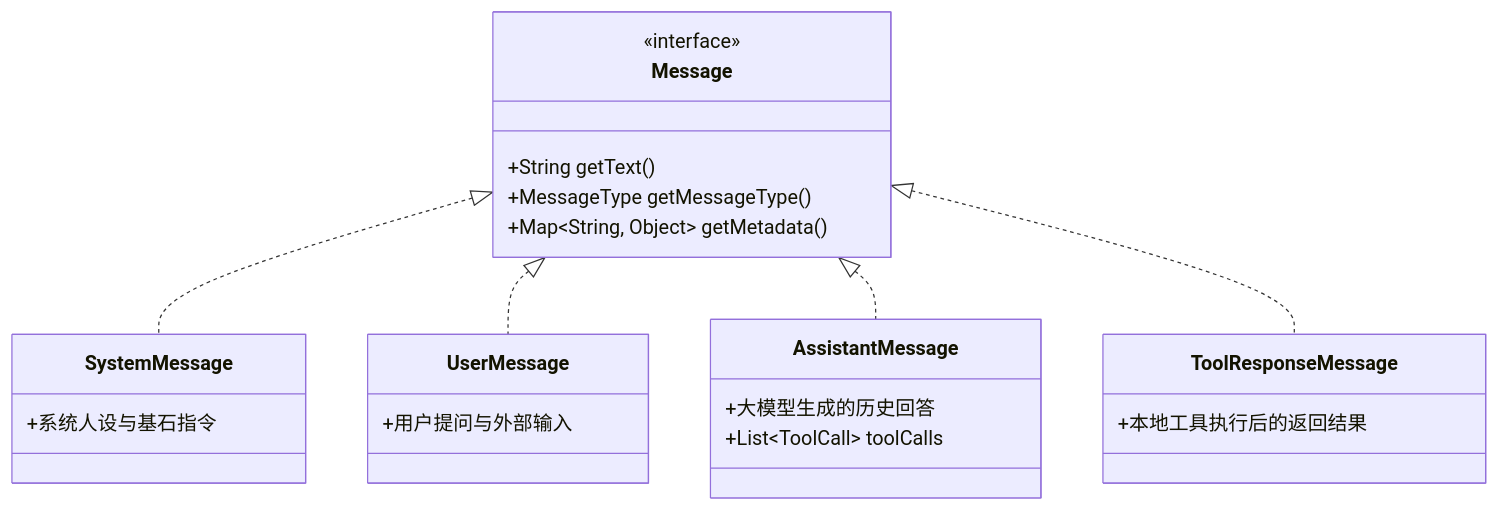
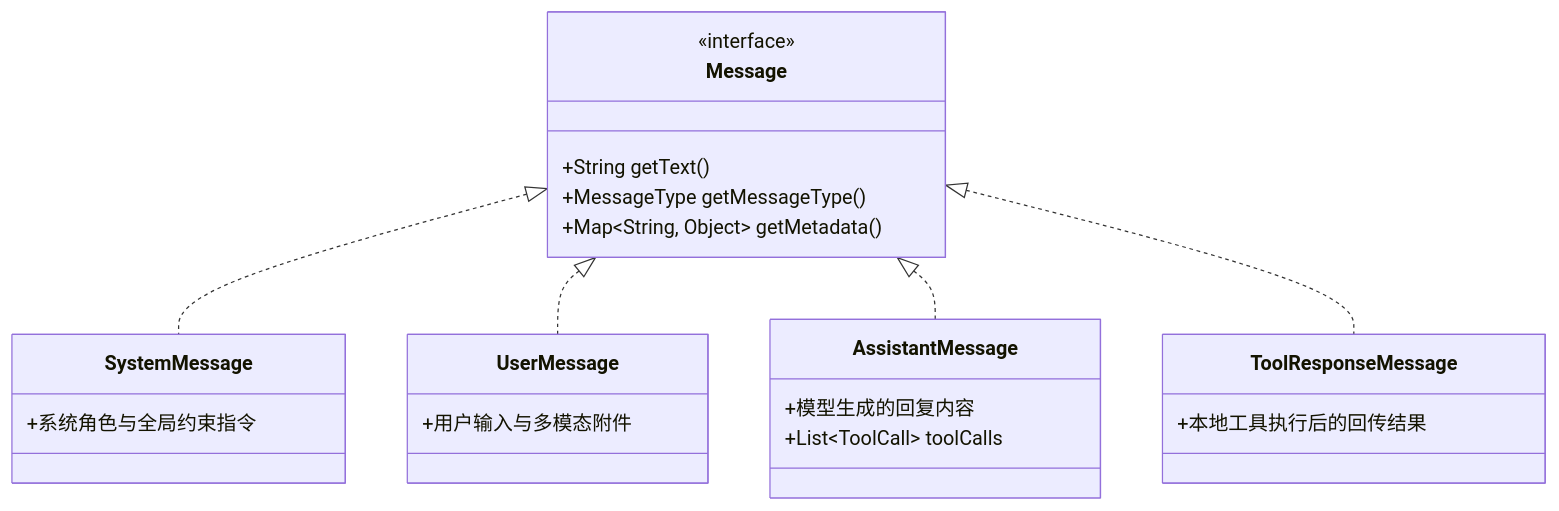
Before and after one commit to GuoWWWX/knowledge-base: the second of 3 diagrams in 10-AI应用开发/02-框架-SpringAI与LangChain4j/SpringAI/02-ChatClient与ChatModel.md, drawn with Mermaid. The commit also changed other lines of this file and 251 other files, not shown here.

````diff
--- a/10-AI应用开发/02-框架-SpringAI与LangChain4j/SpringAI/02-ChatClient与ChatModel.md
+++ b/10-AI应用开发/02-框架-SpringAI与LangChain4j/SpringAI/02-ChatClient与ChatModel.md
@@ -92,27 +76,27 @@
 ```mermaid
 classDiagram
     class Message {
         <<interface>>
         +String getText()
         +MessageType getMessageType()
         +Map~String, Object~ getMetadata()
     }
     class SystemMessage {
-        +系统人设与基石指令
+        +系统角色与全局约束指令
     }
     class UserMessage {
-        +用户提问与外部输入
+        +用户输入与多模态附件
     }
     class AssistantMessage {
-        +大模型生成的历史回答
+        +模型生成的回复内容
         +List~ToolCall~ toolCalls
     }
     class ToolResponseMessage {
-        +本地工具执行后的返回结果
+        +本地工具执行后的回传结果
     }
 
     Message <|.. SystemMessage
     Message <|.. UserMessage
     Message <|.. AssistantMessage
     Message <|.. ToolResponseMessage
 ```
````
